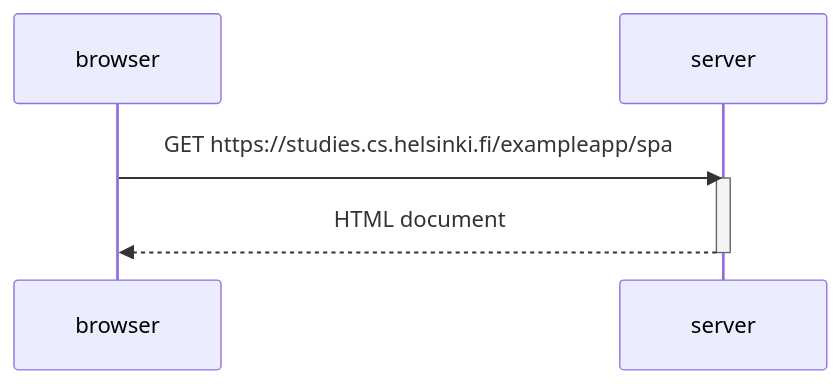
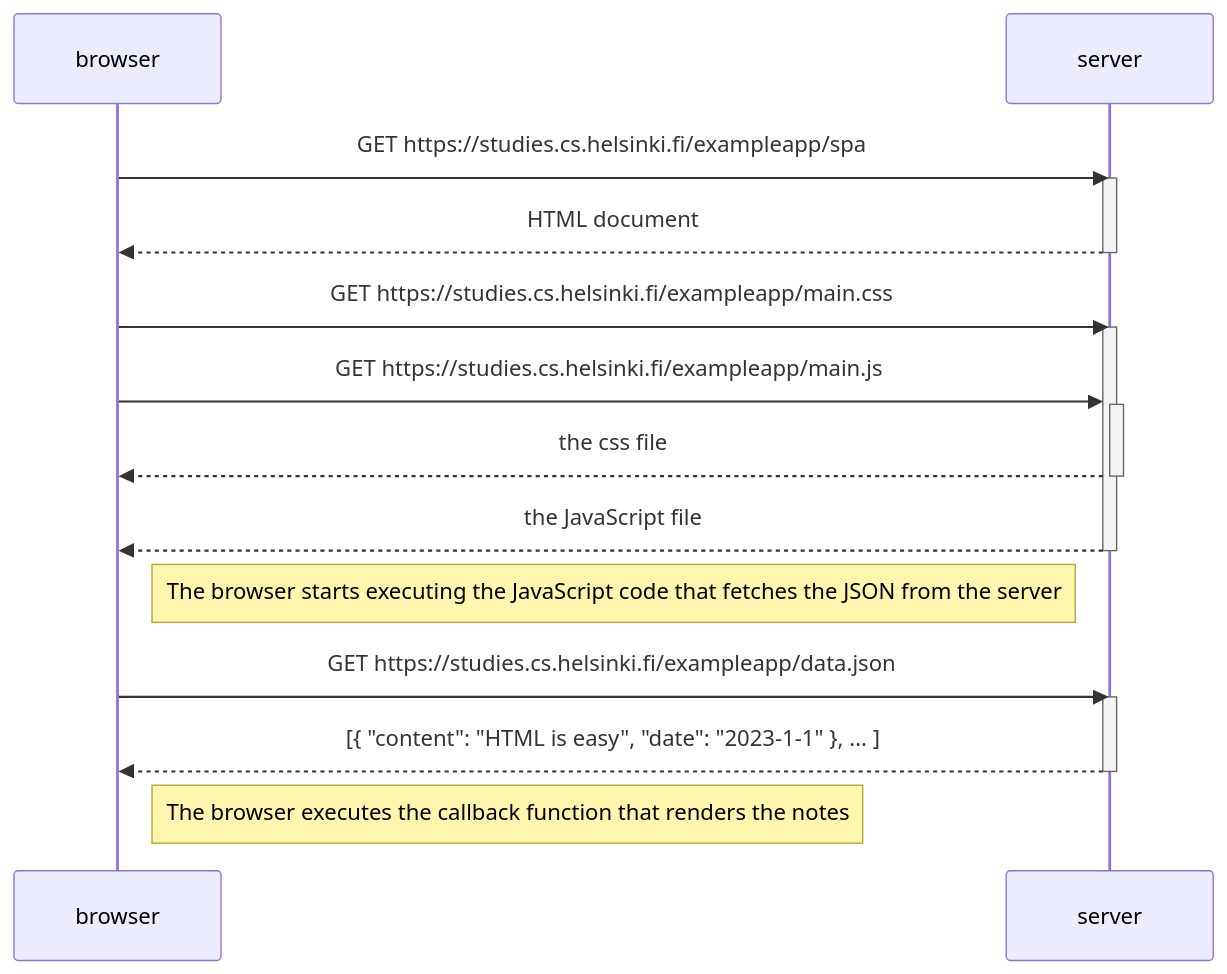
Before and after one commit to irelinna/fullstack: the diagram in exercises/part0/0.5.md, drawn with Mermaid. The commit also changed 1 other file, not shown here.

Commit message:
0.5 and 0.6 made and updated

````diff
--- a/exercises/part0/0.5.md
+++ b/exercises/part0/0.5.md
@@ -1,10 +1,31 @@
 ```mermaid
 sequenceDiagram
     participant browser
     participant server
 
     browser->>server: GET https://studies.cs.helsinki.fi/exampleapp/spa
     activate server
     server-->>browser: HTML document
     deactivate server
+
+    browser->>server: GET https://studies.cs.helsinki.fi/exampleapp/main.css
+    activate server
+    browser->>server: GET https://studies.cs.helsinki.fi/exampleapp/main.js
+    activate server
+    
+    server-->>browser: the css file
+    deactivate server
+    server-->>browser: the JavaScript file
+    deactivate server
+    
+    Note right of browser: The browser starts executing the JavaScript code that fetches the JSON from the server
+    
+    browser->>server: GET https://studies.cs.helsinki.fi/exampleapp/data.json
+    activate server
+    server-->>browser: [{ "content": "HTML is easy", "date": "2023-1-1" }, ... ]
+    deactivate server    
+
+    Note right of browser: The browser executes the callback function that renders the notes 
+
+
 ```
````
